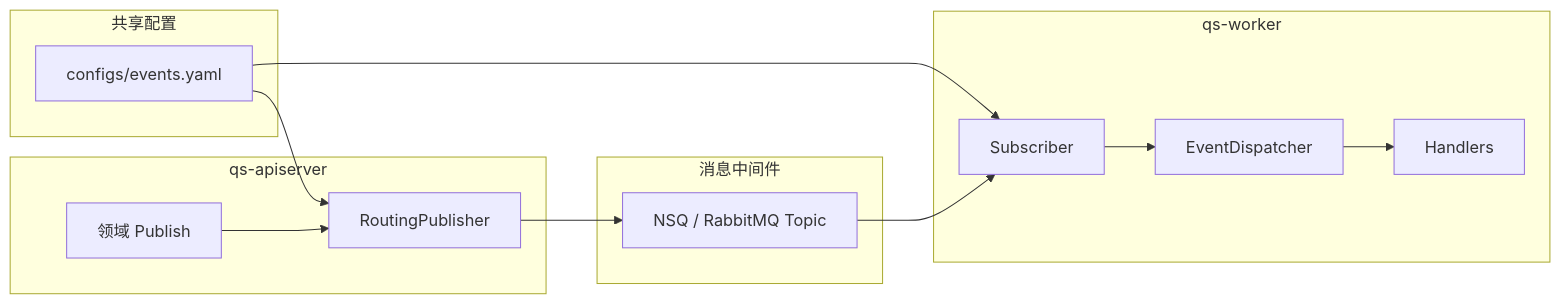
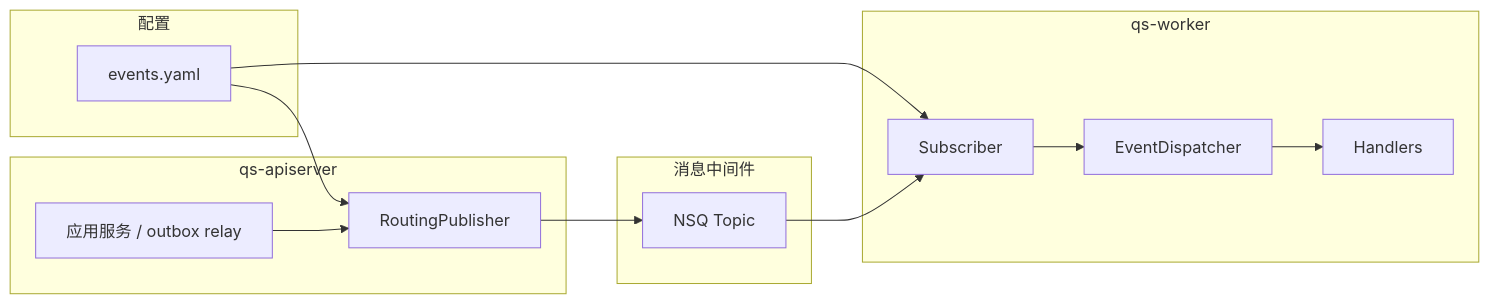
The first of 2 diagrams in docs/03-基础设施/01-事件系统.md (FangcunMount/qs-server), drawn with Mermaid before and after one commit. The commit also changed other lines of this file and 41 other files, not shown here.

````diff
--- a/docs/03-基础设施/01-事件系统.md
+++ b/docs/03-基础设施/01-事件系统.md
@@ -31,29 +106,29 @@
 ```mermaid
 flowchart LR
-    subgraph Config[共享配置]
-        YAML[configs/events.yaml]
+    subgraph Config["配置"]
+        Y["events.yaml"]
     end
 
-    subgraph API[qs-apiserver]
-        Domain[领域 Publish]
-        Pub[RoutingPublisher]
+    subgraph API["qs-apiserver"]
+        App["应用服务 / outbox relay"]
+        Pub["RoutingPublisher"]
     end
 
-    subgraph MQ[消息中间件]
-        Topic[NSQ / RabbitMQ Topic]
+    subgraph MQ["消息中间件"]
+        Topic["NSQ Topic"]
     end
 
-    subgraph Worker[qs-worker]
-        Sub[Subscriber]
-        Disp[EventDispatcher]
-        H[Handlers]
+    subgraph Worker["qs-worker"]
+        Sub["Subscriber"]
+        Disp["EventDispatcher"]
+        H["Handlers"]
     end
 
-    YAML --> Pub
-    YAML --> Sub
-    Domain --> Pub
+    Y --> Pub
+    Y --> Sub
+    App --> Pub
     Pub --> Topic
     Topic --> Sub
     Sub --> Disp
     Disp --> H
 ```
````
